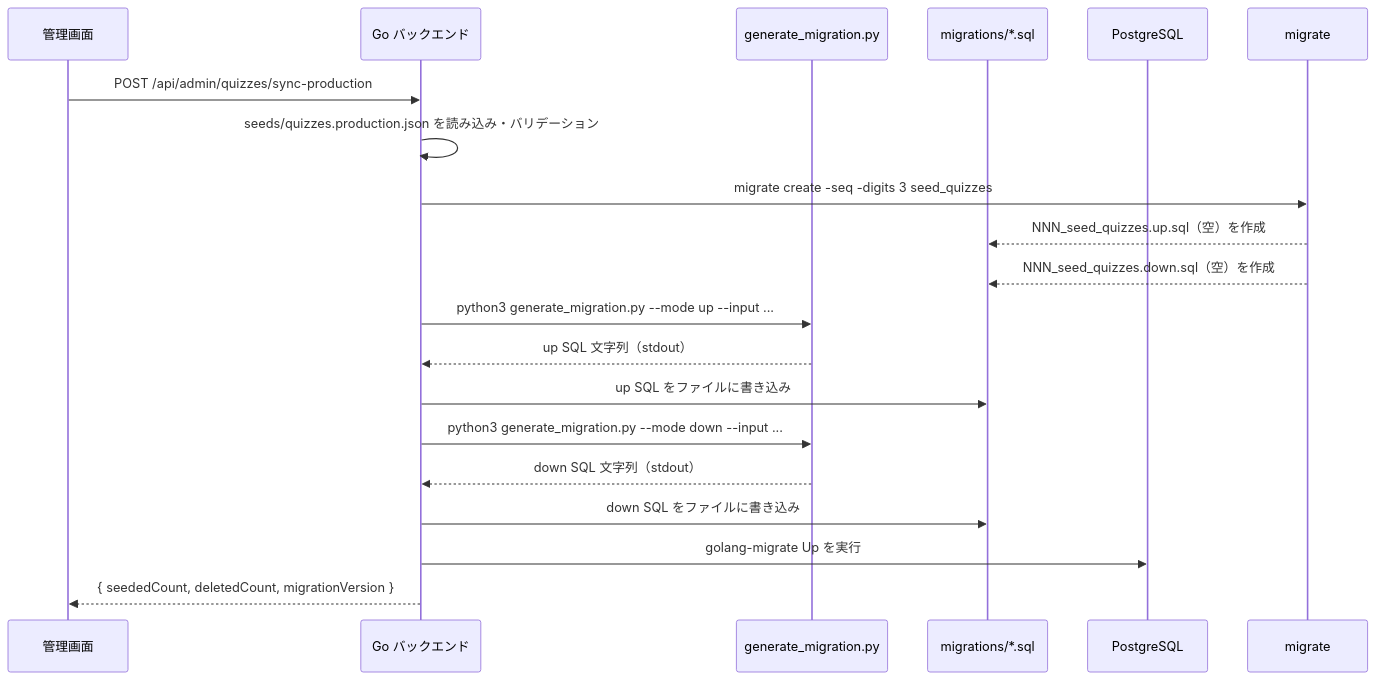
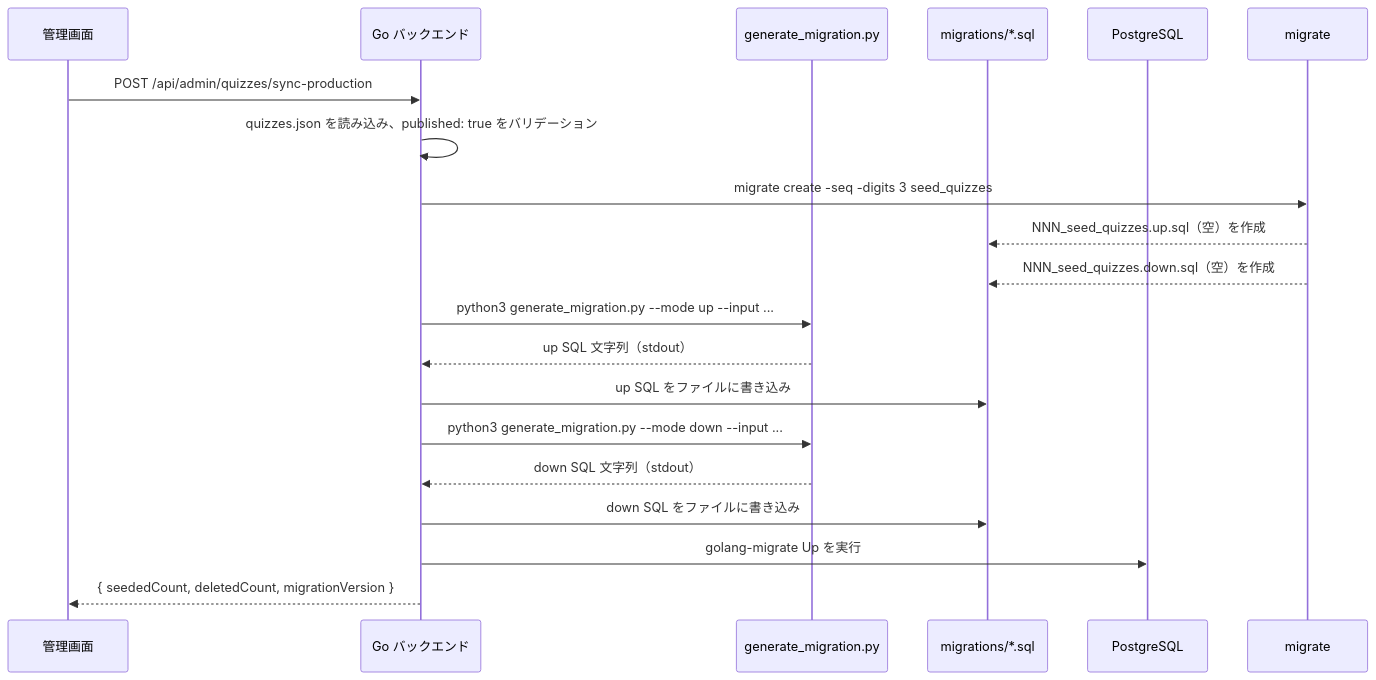
One commit to Yoshinaga123/quiz changed the second of 2 diagrams in docs/architecture/overview.md. Above: the diagram before and after it, drawn with Mermaid. The commit also changed other lines of this file and 125 other files, not shown here.

````diff
--- a/docs/architecture/overview.md
+++ b/docs/architecture/overview.md
@@ -111,22 +111,22 @@
 ```mermaid
 sequenceDiagram
     participant Admin as 管理画面
     participant API as Go バックエンド
     participant Py as generate_migration.py
     participant FS as migrations/*.sql
     participant DB as PostgreSQL
 
     Admin->>API: POST /api/admin/quizzes/sync-production
-    API->>API: seeds/quizzes.production.json を読み込み・バリデーション
+    API->>API: quizzes.json を読み込み、published: true をバリデーション
     API->>migrate: migrate create -seq -digits 3 seed_quizzes
     migrate-->>FS: NNN_seed_quizzes.up.sql（空）を作成
     migrate-->>FS: NNN_seed_quizzes.down.sql（空）を作成
     API->>Py: python3 generate_migration.py --mode up --input ...
     Py-->>API: up SQL 文字列（stdout）
     API->>FS: up SQL をファイルに書き込み
     API->>Py: python3 generate_migration.py --mode down --input ...
     Py-->>API: down SQL 文字列（stdout）
     API->>FS: down SQL をファイルに書き込み
     API->>DB: golang-migrate Up を実行
     API-->>Admin: { seededCount, deletedCount, migrationVersion }
 ```
````
